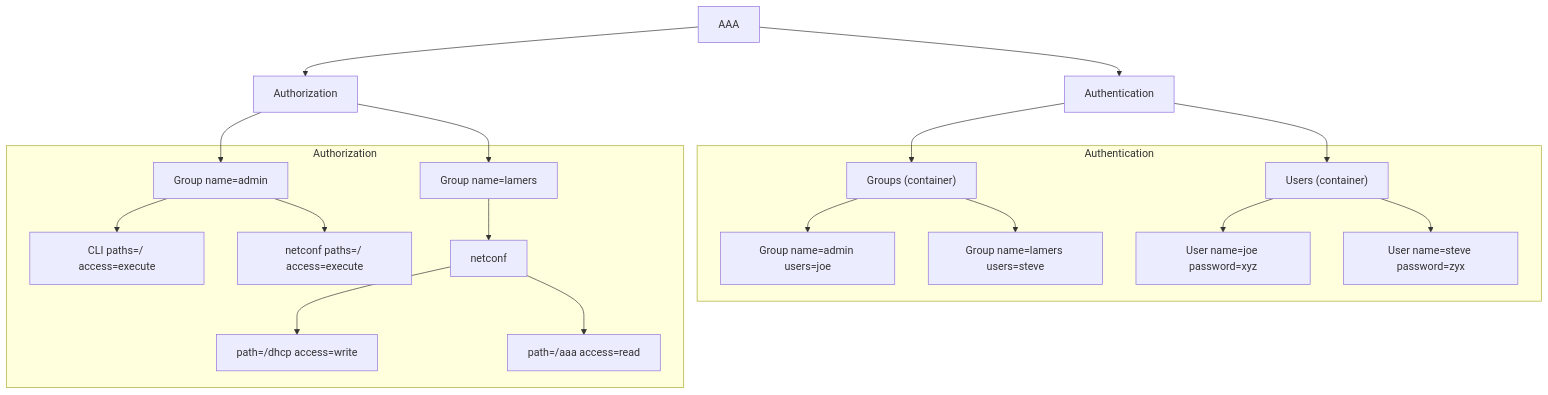
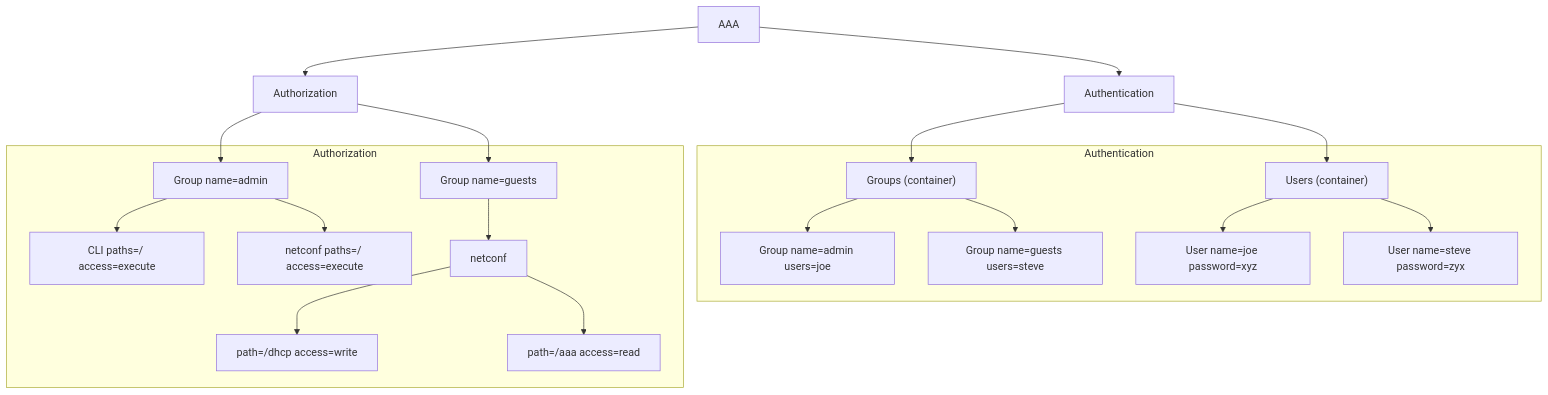
Before and after one commit to fnchooft/fnchooft.github.io: the diagram in 2025/05/29.md, drawn with Mermaid. The commit also changed 1 other file, not shown here.

Commit message:
[adsense] Enable

````diff
--- a/2025/05/29.md
+++ b/2025/05/29.md
@@ -11,42 +11,42 @@
 ```mermaid
 graph TD
     AAA_Root["AAA"]
 
     Node_AuthN["Authentication"]
     AAA_Root --> Node_AuthN
 
     subgraph S_Authentication [Authentication]
         Node_AuthN_GroupsContainer["Groups (container)"]
         Node_AuthN_GroupAdmin["Group name=admin users=joe"]
-        Node_AuthN_GroupLamers["Group name=lamers users=steve"]
+        Node_AuthN_GroupLamers["Group name=guests users=steve"]
         Node_AuthN_UsersContainer["Users (container)"]
         Node_AuthN_UserJoe["User name=joe password=xyz"]
         Node_AuthN_UserSteve["User name=steve password=zyx"]
     end
     Node_AuthN --> Node_AuthN_GroupsContainer
     Node_AuthN_GroupsContainer --> Node_AuthN_GroupAdmin
     Node_AuthN_GroupsContainer --> Node_AuthN_GroupLamers
     Node_AuthN --> Node_AuthN_UsersContainer
     Node_AuthN_UsersContainer --> Node_AuthN_UserJoe
     Node_AuthN_UsersContainer --> Node_AuthN_UserSteve
 
     Node_AuthZ["Authorization"]
     AAA_Root --> Node_AuthZ
 
     subgraph S_Authorization [Authorization]
         Node_AuthZ_GroupAdmin["Group name=admin"]
         Node_AuthZ_Admin_CLI["CLI paths=/ access=execute"]
         Node_AuthZ_Admin_Netconf["netconf paths=/ access=execute"]
-        Node_AuthZ_GroupLamers["Group name=lamers"]
+        Node_AuthZ_GroupLamers["Group name=guests"]
         Node_AuthZ_Lamers_Netconf["netconf"]
         Node_AuthZ_Lamers_Netconf_PathDhcp["path=/dhcp access=write"]
         Node_AuthZ_Lamers_Netconf_PathAaa["path=/aaa access=read"]
     end
     Node_AuthZ --> Node_AuthZ_GroupAdmin
     Node_AuthZ_GroupAdmin --> Node_AuthZ_Admin_CLI
     Node_AuthZ_GroupAdmin --> Node_AuthZ_Admin_Netconf
     Node_AuthZ --> Node_AuthZ_GroupLamers
     Node_AuthZ_GroupLamers --> Node_AuthZ_Lamers_Netconf
     Node_AuthZ_Lamers_Netconf --> Node_AuthZ_Lamers_Netconf_PathDhcp
     Node_AuthZ_Lamers_Netconf --> Node_AuthZ_Lamers_Netconf_PathAaa
 ```
````
